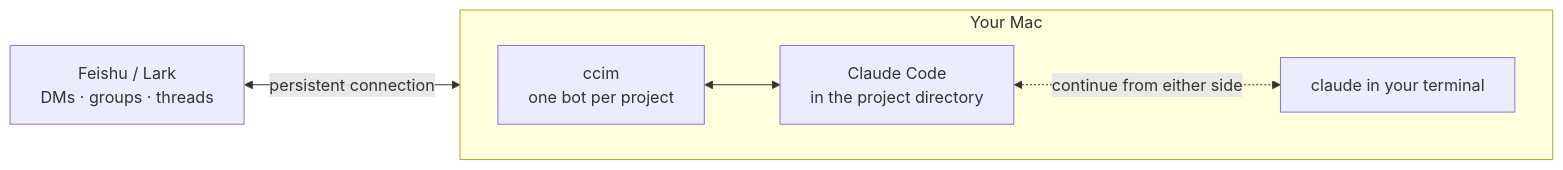
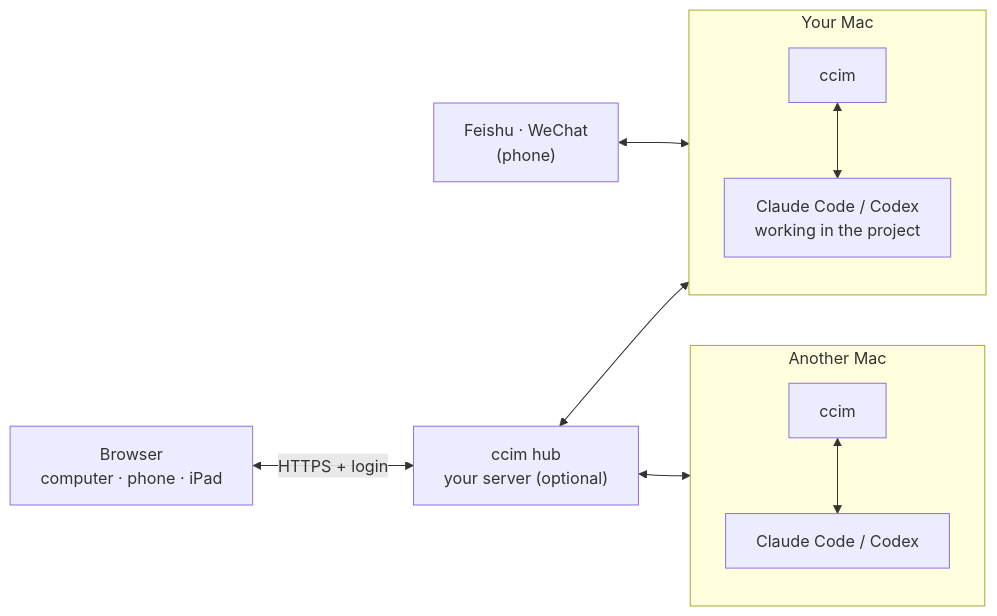
One commit to lzy2025ai/ccim changed the diagram in README.en.md. Above: the diagram before and after it, drawn with Mermaid. The commit also changed other lines of this file and 1 other file, not shown here.

Commit message:
README：开头加整体介绍（聊天软件、网页、多台电脑、服务器总控四部分和关系图）

````diff
--- a/README.en.md
+++ b/README.en.md
@@ -31,9 +31,15 @@
 ```mermaid
 flowchart LR
-    F["Feishu / Lark<br/>DMs · groups · threads"] <-->|"persistent connection"| C
-    subgraph Mac["Your Mac"]
-        direction LR
-        C["ccim<br/>one bot per project"] <--> S["Claude Code<br/>in the project directory"]
-        S <-.->|"continue from either side"| T["claude in your terminal"]
+    IM["Feishu · WeChat<br/>(phone)"] <--> A
+    B["Browser<br/>computer · phone · iPad"] <-->|"HTTPS + login"| H["ccim hub<br/>your server (optional)"]
+    H <--> A
+    H <--> M2
+    subgraph A["Your Mac"]
+        direction TB
+        CA["ccim"] <--> CC["Claude Code / Codex<br/>working in the project"]
+    end
+    subgraph M2["Another Mac"]
+        direction TB
+        CB["ccim"] <--> CD["Claude Code / Codex"]
     end
 ```
````
